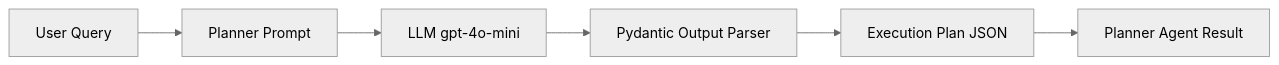
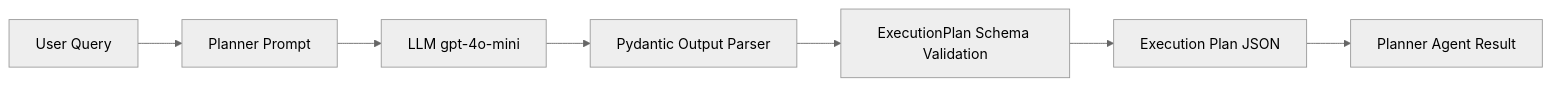
The diagram in documentation/Planner_Agent.md (OhziiiLov3/rights2roof), drawn with Mermaid (neutral theme) before and after one commit. The commit also changed other lines of this file, not shown here.

````diff
--- a/documentation/Planner_Agent.md
+++ b/documentation/Planner_Agent.md
@@ -175,9 +192,9 @@
 ```mermaid
 flowchart LR
     A[User Query] --> B[Planner Prompt] 
     B --> C[LLM gpt-4o-mini]
     C --> D[Pydantic Output Parser]
-    D --> E[Execution Plan JSON]
-    E --> F[Planner Agent Result]
-
+    D --> E[ExecutionPlan Schema Validation]
+    E --> F[Execution Plan JSON]
+    F --> G[Planner Agent Result]
 ```
````
